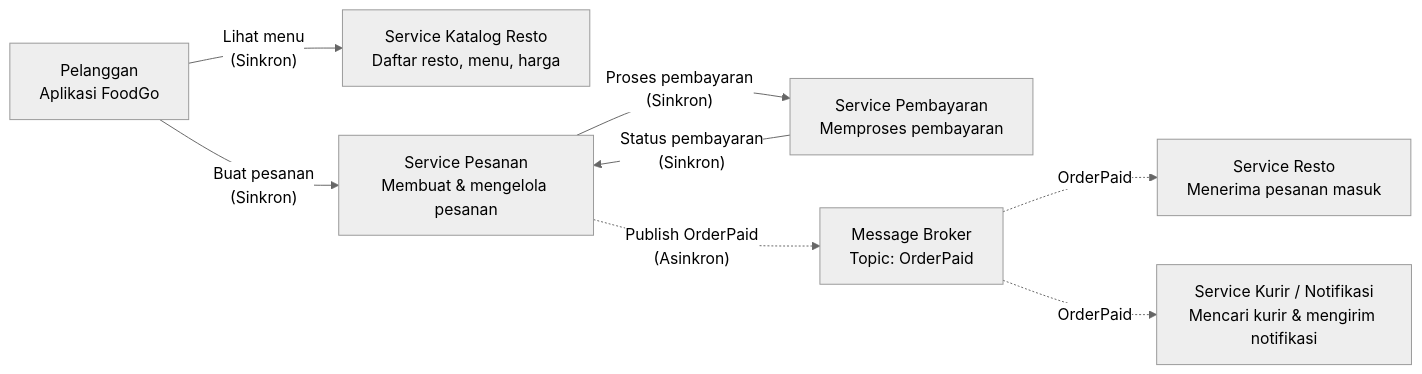
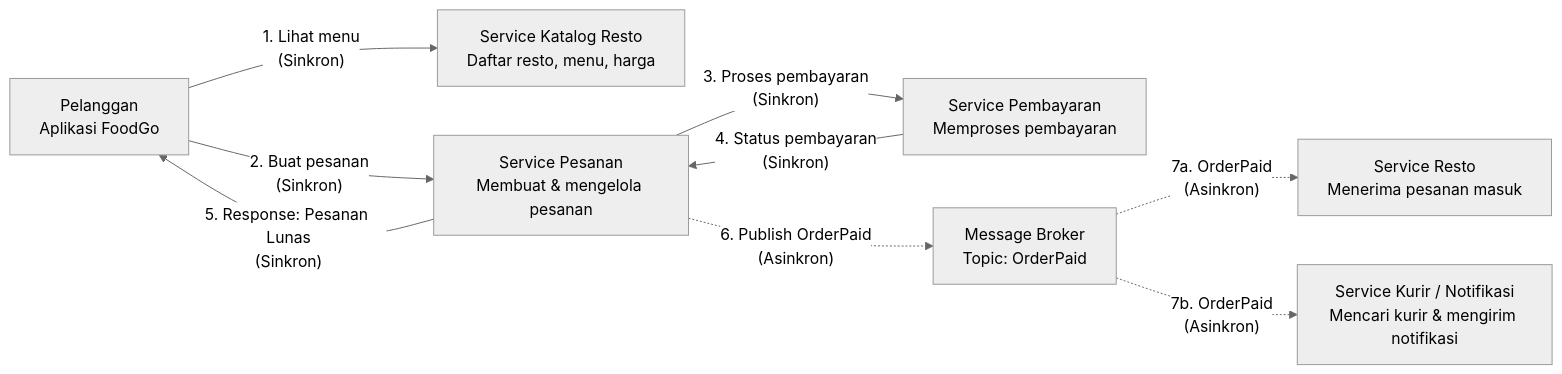
One commit to BGS06/komputasi-awan-dan-terdistribusi changed the diagram in tugas-02-perancangan-arsitektur/README.md. Above: the diagram before and after it, drawn with Mermaid (neutral theme).

Commit message:
Menambahkan Jawaban Soal 2 atau diagram

````diff
--- a/tugas-02-perancangan-arsitektur/README.md
+++ b/tugas-02-perancangan-arsitektur/README.md
@@ -26,22 +26,19 @@
 ```mermaid
 flowchart LR
-
     U["Pelanggan<br/>Aplikasi FoodGo"]
     K["Service Katalog Resto<br/>Daftar resto, menu, harga"]
     O["Service Pesanan<br/>Membuat & mengelola pesanan"]
     P["Service Pembayaran<br/>Memproses pembayaran"]
     MB["Message Broker<br/>Topic: OrderPaid"]
     R["Service Resto<br/>Menerima pesanan masuk"]
     C["Service Kurir / Notifikasi<br/>Mencari kurir & mengirim notifikasi"]
 
-    U -->|"Lihat menu<br/>(Sinkron)"| K
-    U -->|"Buat pesanan<br/>(Sinkron)"| O
-
-    O -->|"Proses pembayaran<br/>(Sinkron)"| P
-    P -->|"Status pembayaran<br/>(Sinkron)"| O
-
-    O -.->|"Publish OrderPaid<br/>(Asinkron)"| MB
-
-    MB -.->|"OrderPaid"| R
-    MB -.->|"OrderPaid"| C
+    U -->|"1. Lihat menu<br/>(Sinkron)"| K
+    U -->|"2. Buat pesanan<br/>(Sinkron)"| O
+    O -->|"3. Proses pembayaran<br/>(Sinkron)"| P
+    P -->|"4. Status pembayaran<br/>(Sinkron)"| O
+    O -->|"5. Response: Pesanan Lunas<br/>(Sinkron)"| U
+    O -.->|"6. Publish OrderPaid<br/>(Asinkron)"| MB
+    MB -.->|"7a. OrderPaid<br/>(Asinkron)"| R
+    MB -.->|"7b. OrderPaid<br/>(Asinkron)"| C
 ```
````
